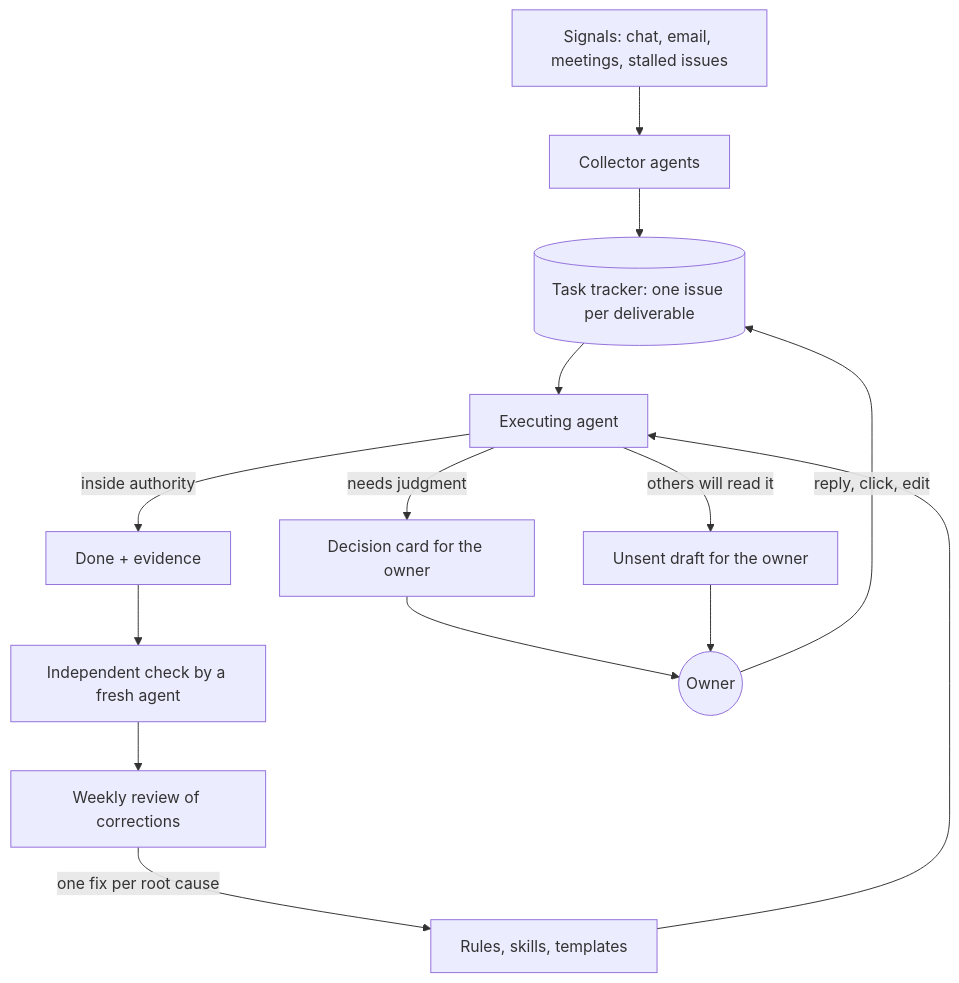
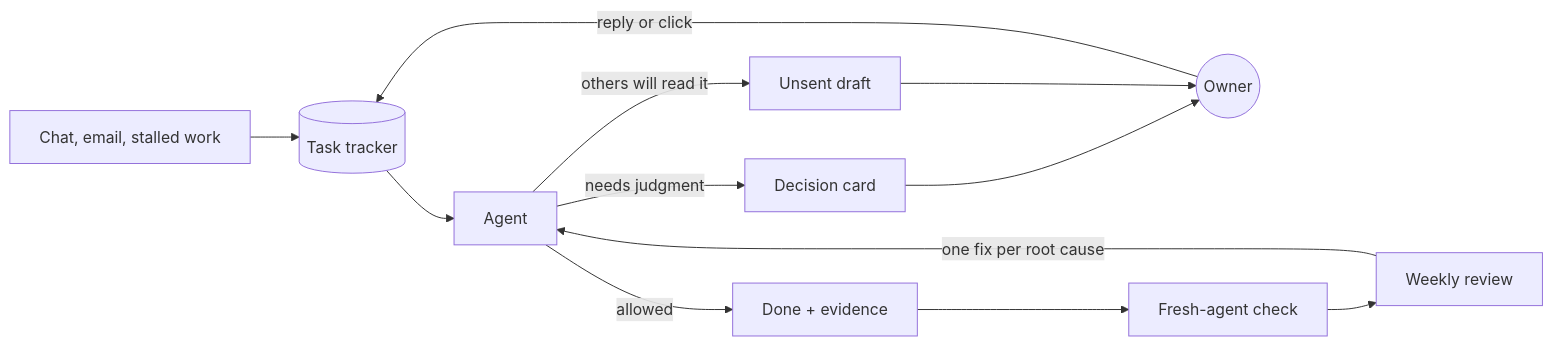
One commit to jay1803/MaxAI changed the diagram in docs/index.md. Above: the diagram before and after it, drawn with Mermaid. The commit also changed other lines of this file and 39 other files, not shown here.

````diff
--- a/docs/index.md
+++ b/docs/index.md
@@ -21,16 +21,14 @@
 ```mermaid
-flowchart TB
-  S[Signals: chat, email, meetings, stalled issues] --> C[Collector agents]
-  C --> T[(Task tracker: one issue per deliverable)]
-  T --> E[Executing agent]
-  E -->|inside authority| D[Done + evidence]
-  E -->|needs judgment| K[Decision card for the owner]
-  E -->|others will read it| R[Unsent draft for the owner]
-  D --> V[Independent check by a fresh agent]
+flowchart LR
+  S[Chat, email, stalled work] --> T[(Task tracker)]
+  T --> E[Agent]
+  E -->|allowed| D[Done + evidence]
+  E -->|needs judgment| K[Decision card]
+  E -->|others will read it| R[Unsent draft]
   K --> O((Owner))
   R --> O
-  O -->|reply, click, edit| T
-  V --> W[Weekly review of corrections]
-  W -->|one fix per root cause| Rules[Rules, skills, templates]
-  Rules --> E
+  O -->|reply or click| T
+  D --> V[Fresh-agent check]
+  V --> W[Weekly review]
+  W -->|one fix per root cause| E
 ```
````
